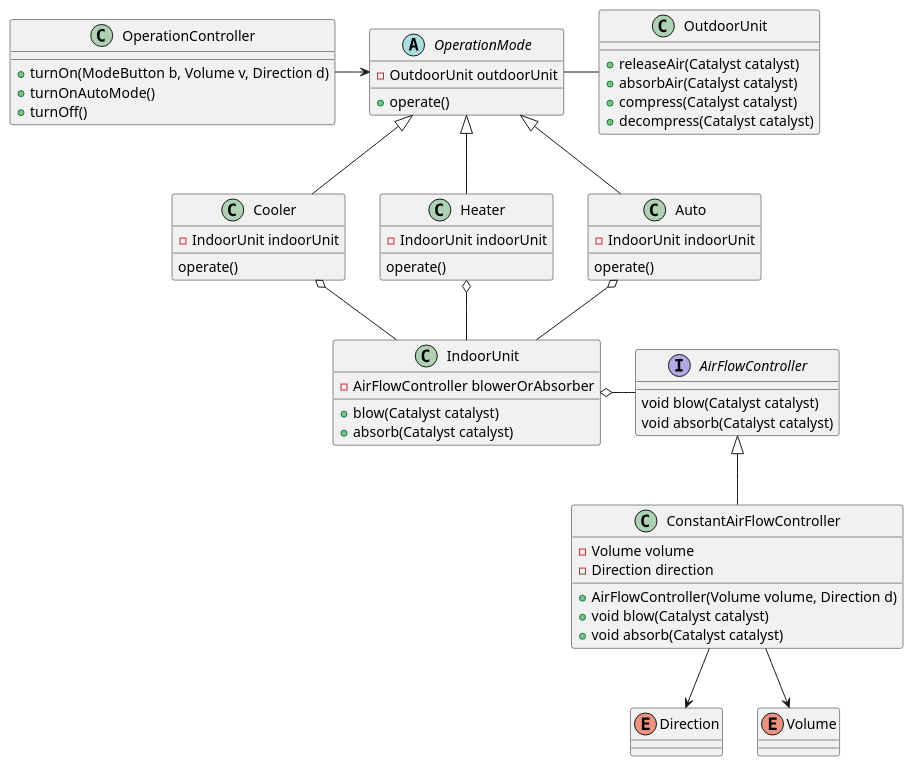
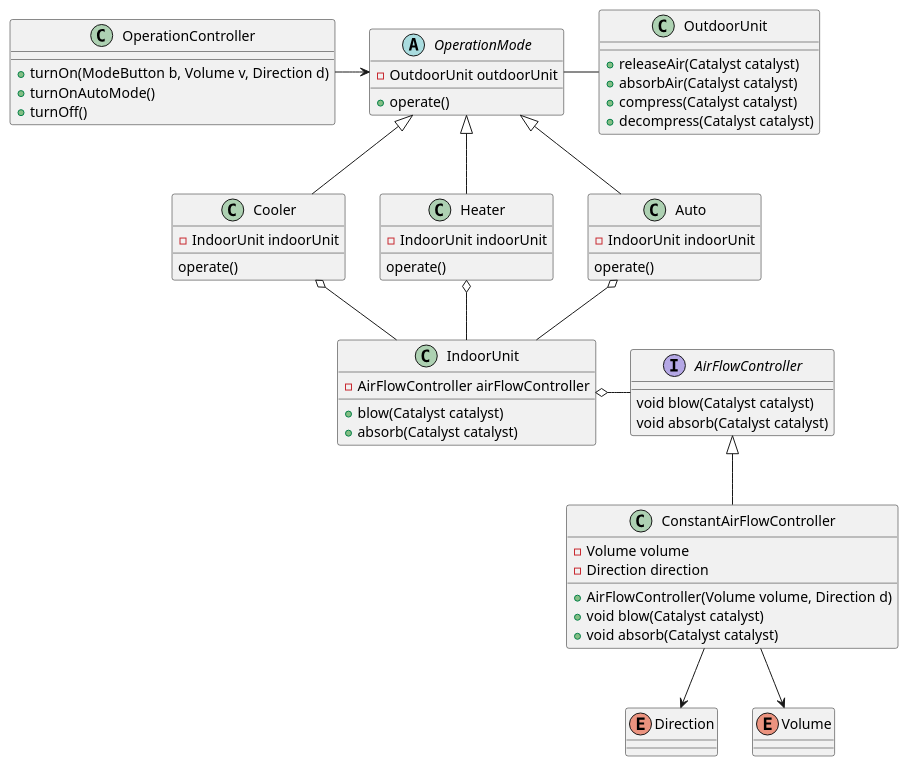
One commit to yatakeke/modeling-training changed the diagram in air-conditioner.puml. Above: the diagram before and after it, drawn with PlantUML.

Commit message:
typoの修正

```diff
--- a/air-conditioner.puml
+++ b/air-conditioner.puml
@@ -1,90 +1,90 @@
 @startuml
 'https://plantuml.com/class-diagram
 
 '基本的には冷房と暖房の２つしか選べない
 '風向の指定しかできない
 '温度センサー未実装
 
 class OperationController {
 +turnOn(ModeButton b, Volume v, Direction d)
 +turnOnAutoMode()
 +turnOff()
 }
 
 OperationController -right-> OperationMode
 
 abstract class OperationMode {
 -OutdoorUnit outdoorUnit
 +operate()
 }
 
 OperationMode <|-- Cooler
 OperationMode <|-- Heater
 OperationMode <|-- Auto
 
 OperationMode -right- OutdoorUnit
 
 class Cooler {
 -IndoorUnit indoorUnit
 operate()
 }
 
 Cooler o-- IndoorUnit
 
 class Heater {
 -IndoorUnit indoorUnit
 operate()
 }
 
 Heater o-- IndoorUnit
 
 class Auto {
 -IndoorUnit indoorUnit
 operate()
 }
 
 Auto o-- IndoorUnit
 
 
 '意図がindoorUnitと少し違うことを明確にするためにあえて違う名前にしてみた
 class OutdoorUnit {
 +releaseAir(Catalyst catalyst)
 +absorbAir(Catalyst catalyst)
 +compress(Catalyst catalyst)
 +decompress(Catalyst catalyst)
 }
 
 class IndoorUnit {
--AirFlowController blowerOrAbsorber
+-AirFlowController airFlowController
 +blow(Catalyst catalyst)
 +absorb(Catalyst catalyst)
 }
 
 IndoorUnit o-right- AirFlowController
 
 interface AirFlowController {
 void blow(Catalyst catalyst)
 void absorb(Catalyst catalyst)
 }
 
 AirFlowController <|-- ConstantAirFlowController
 'TODO: autoとかの実装を後ほどする
 
 class ConstantAirFlowController {
 -Volume volume
 -Direction direction
 +AirFlowController(Volume volume, Direction d)
 +void blow(Catalyst catalyst)
 +void absorb(Catalyst catalyst)
 }
 
 ConstantAirFlowController --> Direction
 ConstantAirFlowController --> Volume
 
 enum Direction {
 }
 
 enum Volume {
 }
 
 @enduml
```
